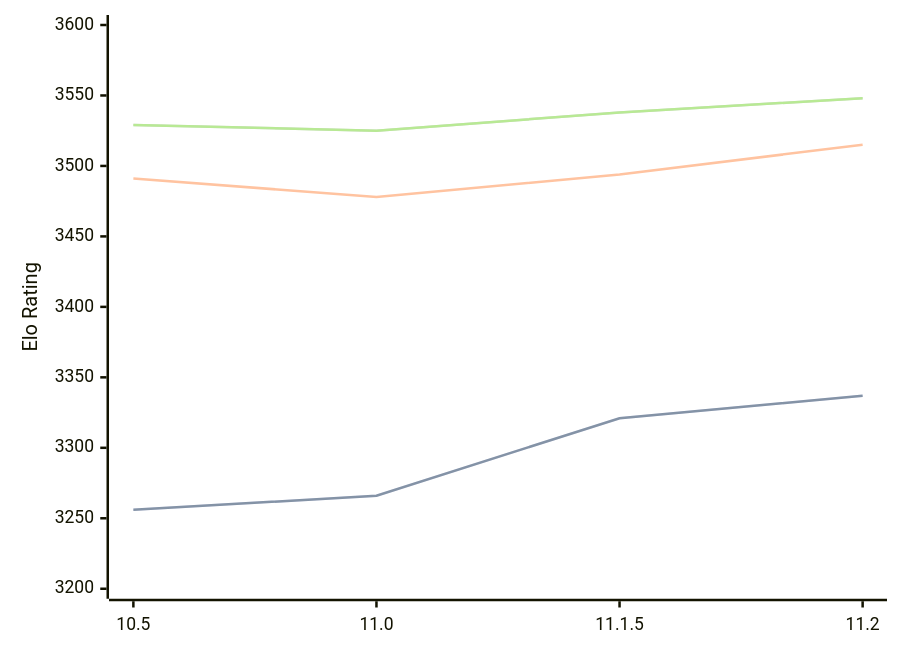
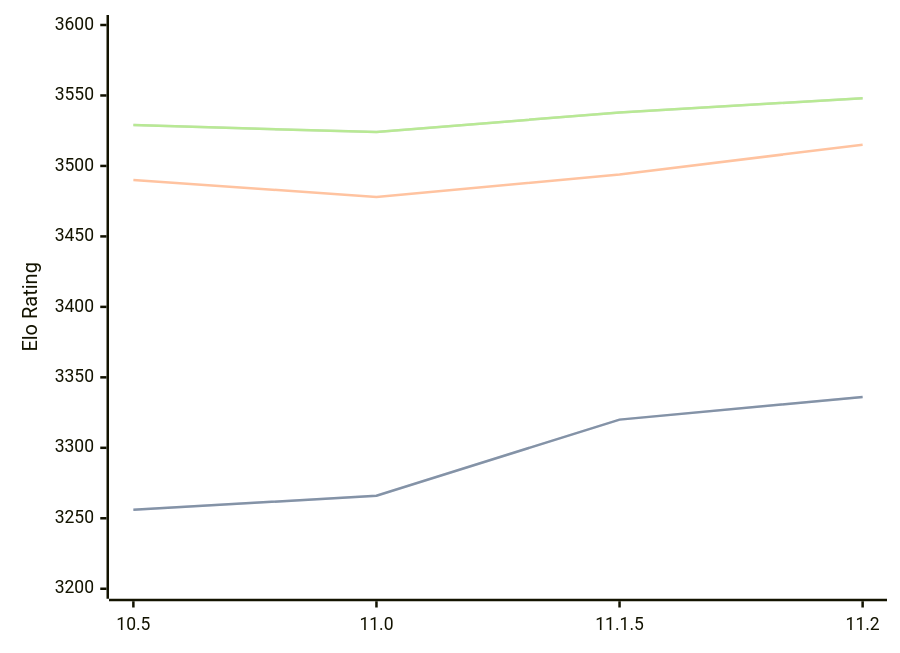
Before and after one commit to computer-chess-index/cci: the diagram in engines/Lizard.md, drawn with Mermaid. The commit also changed other lines of this file, not shown here.

Commit message:
Update CCI Ratings (ELO VLTC) - 2026-04-17

````diff
--- a/engines/Lizard.md
+++ b/engines/Lizard.md
@@ -46,11 +46,11 @@
 ```mermaid
 %%{init: {"theme":"base","themeVariables":{"seriesColors:['#a3a3a3','#222221','#faa371']}}}%%
 xychart-beta
   x-axis ["10.5", "11.0", "11.1.5", "11.2"]
   y-axis "Elo Rating" 3200 --> 3600
-  line "STC (8.0+0.08s)" [3256, 3266, 3321, 3337]
-  line "STC (8.0+0.08s)" [3256, 3266, 3321, 3337]
-  line "LTC (60.0+0.60s)" [3491, 3478, 3494, 3515]
-  line "VLTC (2m24s+1.12s)" [3529, 3525, 3538, 3548]
-  line "VLTC (2m24s+1.12s)" [3529, 3525, 3538, 3548]
+  line "STC (8.0+0.08s)" [3256, 3266, 3320, 3336]
+  line "STC (8.0+0.08s)" [3256, 3266, 3320, 3336]
+  line "LTC (60.0+0.60s)" [3490, 3478, 3494, 3515]
+  line "VLTC (2m24s+1.12s)" [3529, 3524, 3538, 3548]
+  line "VLTC (2m24s+1.12s)" [3529, 3524, 3538, 3548]
 ```
````
